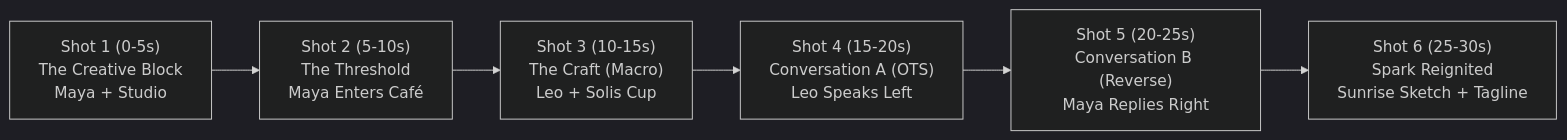
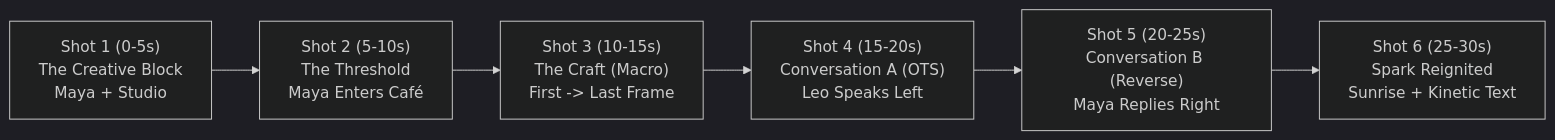
One commit to AllInVaders/google-flow-storytelling-workshop changed the diagram in workshop-guide/02-student-incremental-labs.md. Above: the diagram before and after it, drawn with Mermaid (dark theme). The commit also changed other lines of this file and 8 other files, not shown here.

````diff
--- a/workshop-guide/02-student-incremental-labs.md
+++ b/workshop-guide/02-student-incremental-labs.md
@@ -136,8 +165,8 @@
 ```mermaid
 flowchart LR
     K1["Shot 1 (0-5s)<br/>The Creative Block<br/>Maya + Studio"] --> K2["Shot 2 (5-10s)<br/>The Threshold<br/>Maya Enters Café"]
-    K2 --> K3["Shot 3 (10-15s)<br/>The Craft (Macro)<br/>Leo + Solis Cup"]
+    K2 --> K3["Shot 3 (10-15s)<br/>The Craft (Macro)<br/>First -> Last Frame"]
     K3 --> K4["Shot 4 (15-20s)<br/>Conversation A (OTS)<br/>Leo Speaks Left"]
     K4 --> K5["Shot 5 (20-25s)<br/>Conversation B (Reverse)<br/>Maya Replies Right"]
-    K5 --> K6["Shot 6 (25-30s)<br/>Spark Reignited<br/>Sunrise Sketch + Tagline"]
+    K5 --> K6["Shot 6 (25-30s)<br/>Spark Reignited<br/>Sunrise + Kinetic Text"]
 ```
````
